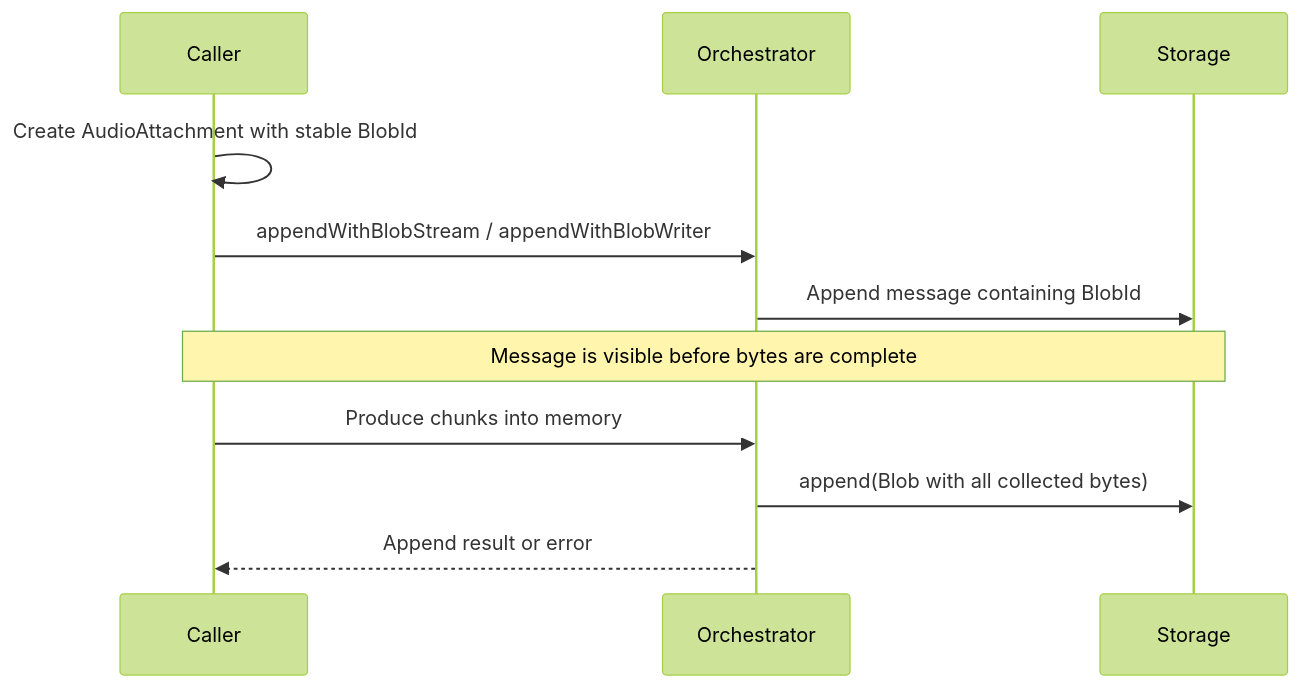
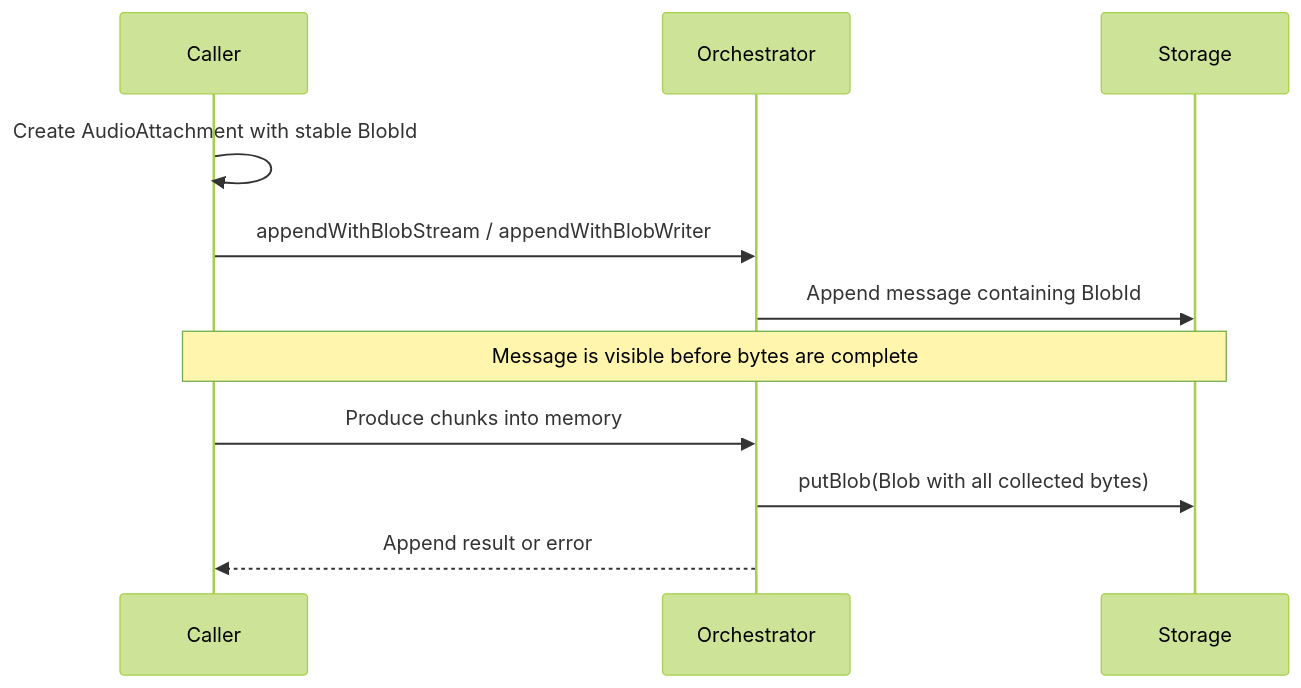
One commit to FabioPinheiro/yallmo changed the second of 2 diagrams in docs/orchestration/ATTACHMENTS_AND_BLOB_STORAGE_PLAN.md. Above: the diagram before and after it, drawn with Mermaid (forest theme). The commit also changed other lines of this file and 74 other files, not shown here.

First line of the commit message:
Add browser dictation and storage-owned blob uploads

````diff
--- a/docs/orchestration/ATTACHMENTS_AND_BLOB_STORAGE_PLAN.md
+++ b/docs/orchestration/ATTACHMENTS_AND_BLOB_STORAGE_PLAN.md
@@ -114,13 +156,13 @@
 ```mermaid
 sequenceDiagram
     participant Caller
     participant Orchestrator
     participant Storage
     Caller->>Caller: Create AudioAttachment with stable BlobId
     Caller->>Orchestrator: appendWithBlobStream / appendWithBlobWriter
     Orchestrator->>Storage: Append message containing BlobId
     Note over Caller,Storage: Message is visible before bytes are complete
     Caller->>Orchestrator: Produce chunks into memory
-    Orchestrator->>Storage: append(Blob with all collected bytes)
+    Orchestrator->>Storage: putBlob(Blob with all collected bytes)
     Orchestrator-->>Caller: Append result or error
 ```
````
